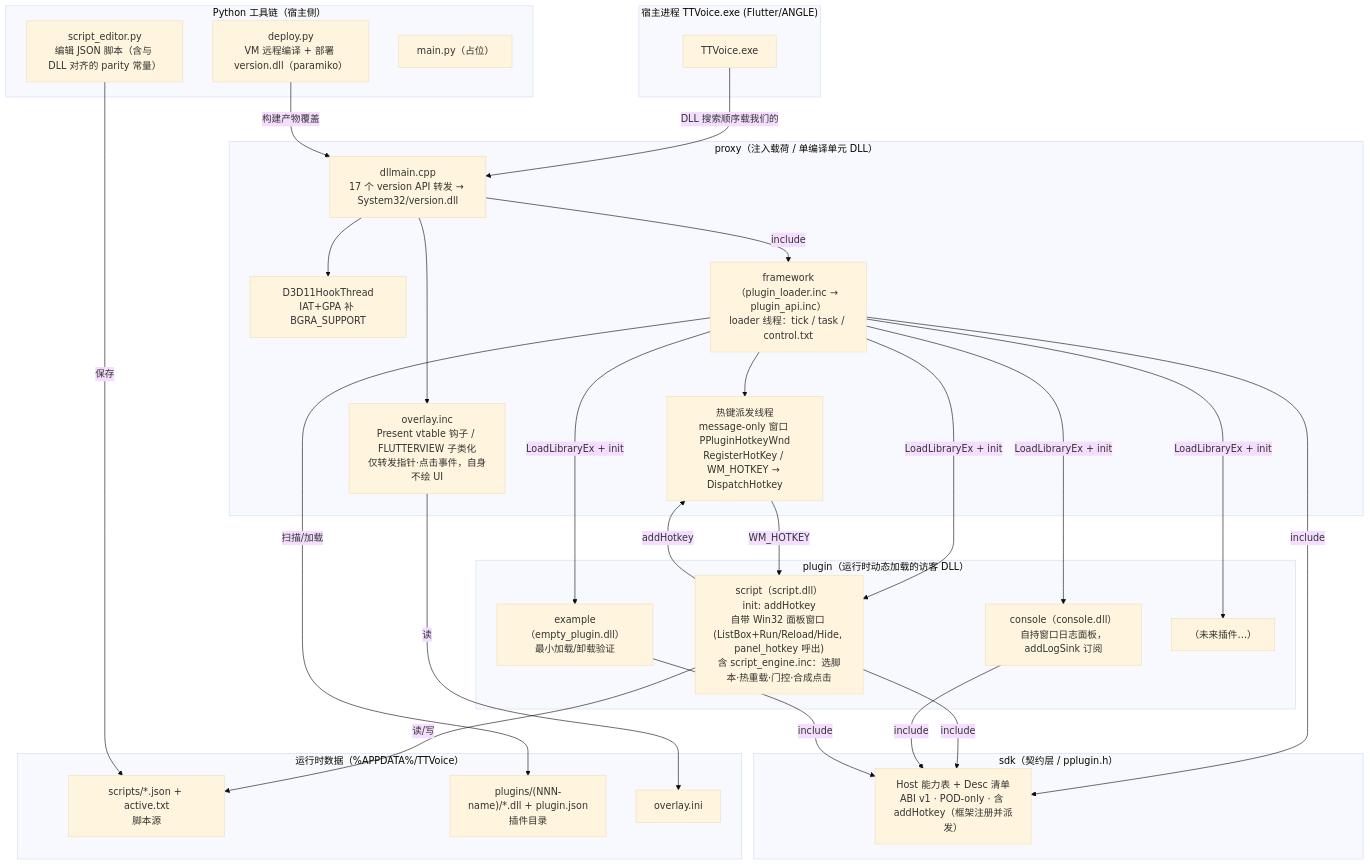
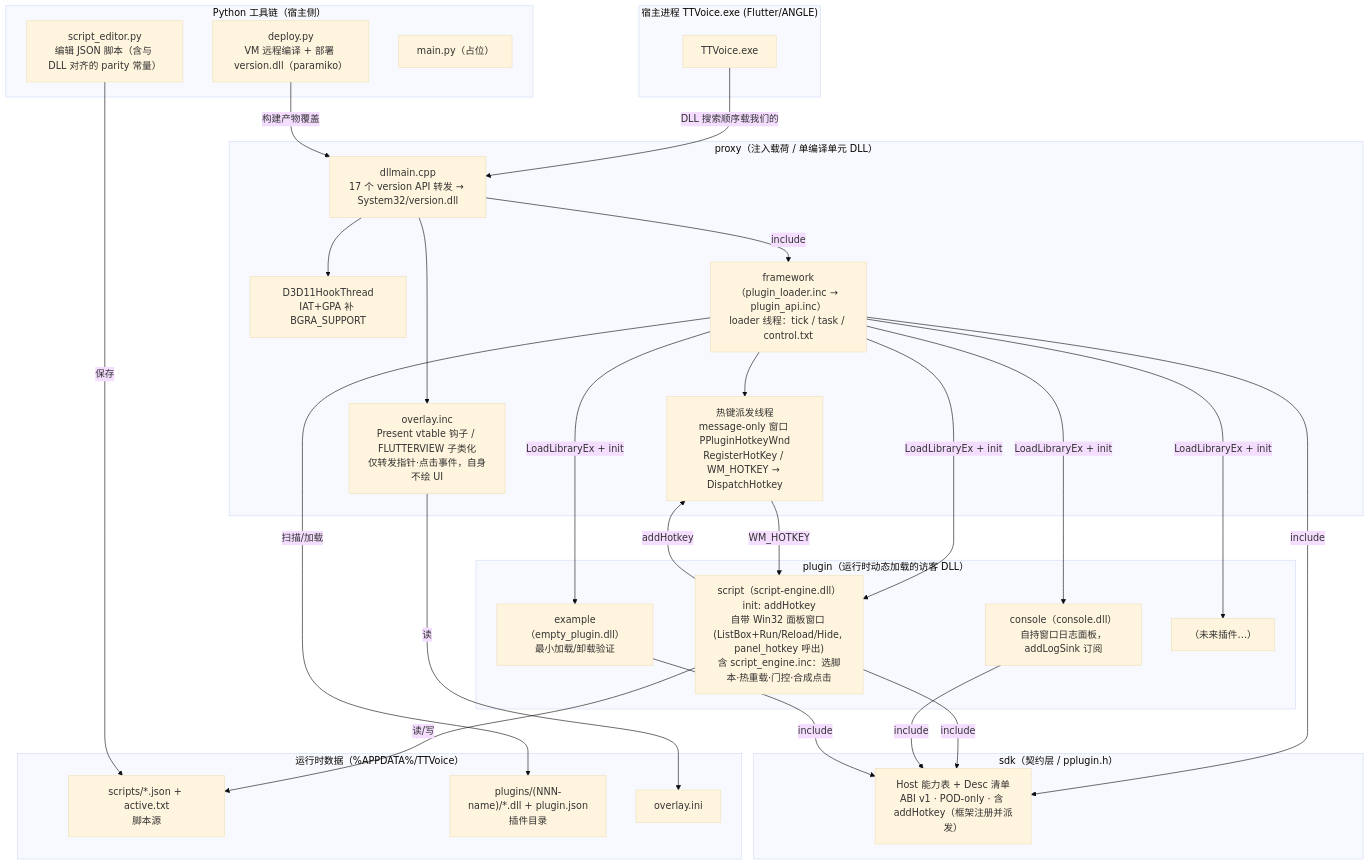
Before and after one commit to Qr1mln/PlusPlugin: the first of 2 diagrams in docs/架构图2.md, drawn with Mermaid (base theme). The commit also changed other lines of this file and 21 other files, not shown here.

First line of the commit message:
chore(plugin): script 插件重命名为 script-engine，同步构建脚本与文档

````diff
--- a/docs/架构图2.md
+++ b/docs/架构图2.md
@@ -8,61 +8,61 @@
 ```mermaid
 graph TB
     subgraph "宿主进程 TTVoice.exe (Flutter/ANGLE)"
         EXE["TTVoice.exe"]
     end
 
     subgraph "proxy（注入载荷 / 单编译单元 DLL）"
         PROXY["dllmain.cpp<br/>17 个 version API 转发 → System32/version.dll"]
         BGRA["D3D11HookThread<br/>IAT+GPA 补 BGRA_SUPPORT"]
         OVERLAY["overlay.inc<br/>Present vtable 钩子 / FLUTTERVIEW 子类化<br/>仅转发指针·点击事件，自身不绘 UI"]
         FRAME["framework（plugin_loader.inc → plugin_api.inc）<br/>loader 线程：tick / task / control.txt"]
         HK["热键派发线程<br/>message-only 窗口 PPluginHotkeyWnd<br/>RegisterHotKey / WM_HOTKEY → DispatchHotkey"]
     end
 
     subgraph "sdk（契约层 / pplugin.h）"
         ABI["Host 能力表 + Desc 清单<br/>ABI v1 · POD-only · 含 addHotkey（框架注册并派发）"]
     end
 
     subgraph "plugin（运行时动态加载的访客 DLL）"
-        SCRIPT_PLUGIN["script（script.dll）<br/>init: addHotkey<br/>自带 Win32 面板窗口 (ListBox+Run/Reload/Hide, panel_hotkey 呼出)<br/>含 script_engine.inc：选脚本·热重载·门控·合成点击"]
+        SCRIPT_PLUGIN["script（script-engine.dll）<br/>init: addHotkey<br/>自带 Win32 面板窗口 (ListBox+Run/Reload/Hide, panel_hotkey 呼出)<br/>含 script_engine.inc：选脚本·热重载·门控·合成点击"]
         CON["console（console.dll）<br/>自持窗口日志面板，addLogSink 订阅"]
         EX["example（empty_plugin.dll）<br/>最小加载/卸载验证"]
         MORE["（未来插件…）"]
     end
 
     subgraph "运行时数据（%APPDATA%/TTVoice）"
         SCRIPTS["scripts/*.json + active.txt<br/>脚本源"]
         PLGDIR["plugins/(NNN-name)/*.dll + plugin.json<br/>插件目录"]
         INI["overlay.ini"]
     end
 
     subgraph "Python 工具链（宿主侧）"
         EDITOR["script_editor.py<br/>编辑 JSON 脚本（含与 DLL 对齐的 parity 常量）"]
         DEPLOY["deploy.py<br/>VM 远程编译 + 部署 version.dll（paramiko）"]
         MAIN["main.py（占位）"]
     end
 
     EXE -->|DLL 搜索顺序载我们的| PROXY
     PROXY --> BGRA
     PROXY --> OVERLAY
     PROXY -->|include| FRAME
     FRAME --> HK
     FRAME -->|include| ABI
     SCRIPT_PLUGIN -->|include| ABI
     CON -->|include| ABI
     EX -->|include| ABI
 
     FRAME -->|LoadLibraryEx + init| SCRIPT_PLUGIN
     FRAME -->|LoadLibraryEx + init| CON
     FRAME -->|LoadLibraryEx + init| EX
     FRAME -->|LoadLibraryEx + init| MORE
 
     SCRIPT_PLUGIN -->|addHotkey| HK
     HK -->|WM_HOTKEY| SCRIPT_PLUGIN
 
     SCRIPT_PLUGIN -->|读/写| SCRIPTS
     FRAME -->|扫描/加载| PLGDIR
     OVERLAY -->|读| INI
     EDITOR -->|保存| SCRIPTS
     DEPLOY -->|构建产物覆盖| PROXY
 ```
````
